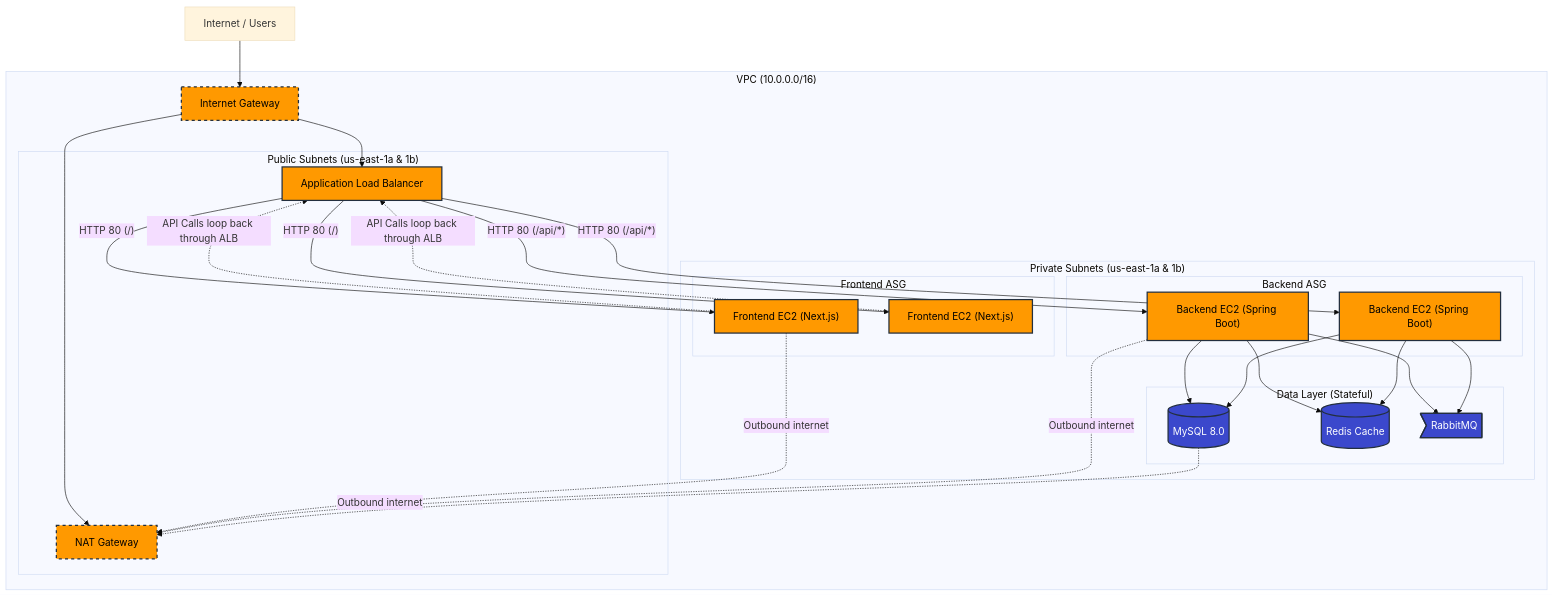
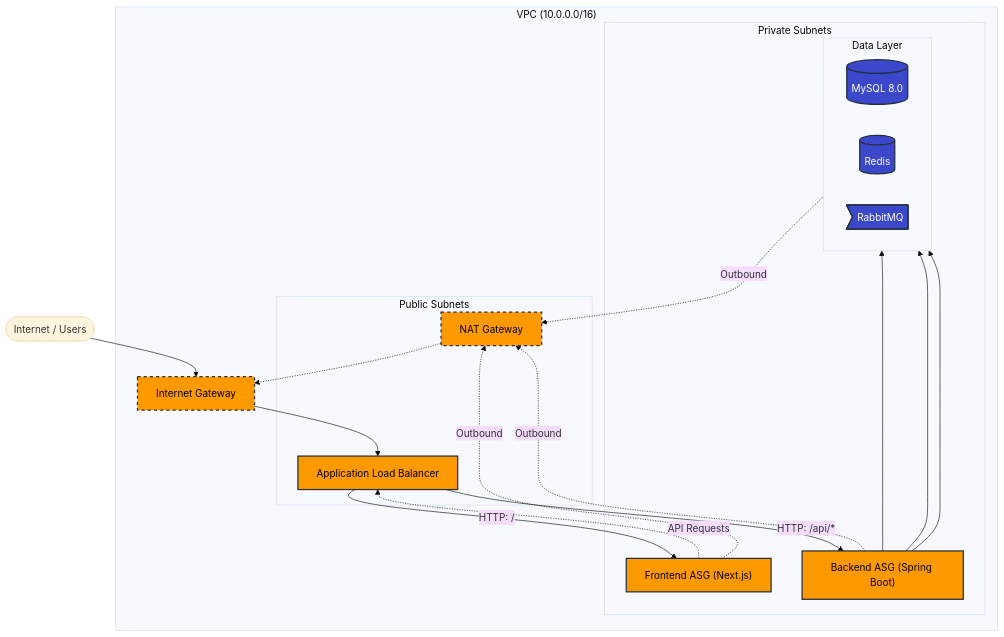
Before and after one commit to mkdevops89/amazon-clone-devops: the diagram in README.md, drawn with Mermaid (base theme).

Commit message:
Docs: Refine architecture diagram for cleaner Mermaid layout

````diff
--- a/README.md
+++ b/README.md
@@ -18,67 +18,56 @@
 ```mermaid
 graph TD
-    Client[Internet / Users] --> IGW[Internet Gateway]
+    Client([Internet / Users])
 
     subgraph VPC ["VPC (10.0.0.0/16)"]
-        IGW --> ALB[Application Load Balancer]
+        IGW[Internet Gateway]
         
-        subgraph PublicSubnets ["Public Subnets (us-east-1a & 1b)"]
-            ALB
+        subgraph Public ["Public Subnets"]
+            ALB[Application Load Balancer]
             NAT[NAT Gateway]
         end
         
-        IGW --> NAT
-
-        subgraph PrivateSubnets ["Private Subnets (us-east-1a & 1b)"]
-            %% Frontend Layer
-            subgraph ASG_Front ["Frontend ASG"]
-                FE1["Frontend EC2 (Next.js)"]
-                FE2["Frontend EC2 (Next.js)"]
-            end
+        subgraph Private ["Private Subnets"]
+            FE["Frontend ASG (Next.js)"]
+            BE["Backend ASG (Spring Boot)"]
             
-            %% Backend Layer
-            subgraph ASG_Back ["Backend ASG"]
-                BE1["Backend EC2 (Spring Boot)"]
-                BE2["Backend EC2 (Spring Boot)"]
-            end
-            
-            %% Data Layer
-            subgraph DataLayer ["Data Layer (Stateful)"]
+            subgraph DataLayer ["Data Layer"]
+                direction LR
                 MYSQL[(MySQL 8.0)]
-                REDIS[(Redis Cache)]
+                REDIS[(Redis)]
                 MQ>RabbitMQ]
             end
-            
-            %% Routing/Flows
-            ALB --"HTTP 80 (/) "--> FE1
-            ALB --"HTTP 80 (/) "--> FE2
-            
-            ALB --"HTTP 80 (/api/*) "--> BE1
-            ALB --"HTTP 80 (/api/*) "--> BE2
-            
-            FE1 -. "API Calls loop back through ALB" .-> ALB
-            FE2 -. "API Calls loop back through ALB" .-> ALB
-            
-            BE1 --> MYSQL
-            BE1 --> REDIS
-            BE1 --> MQ
-            BE2 --> MYSQL
-            BE2 --> REDIS
-            BE2 --> MQ
-            
-            %% Outbound internet for updates
-            FE1 -. "Outbound internet" .-> NAT
-            BE1 -. "Outbound internet" .-> NAT
-            MYSQL -. "Outbound internet" .-> NAT
         end
     end
+
+    %% Inbound Traffic
+    Client --> IGW
+    IGW --> ALB
     
+    %% Load Balancing
+    ALB -- "HTTP: /" --> FE
+    ALB -- "HTTP: /api/*" --> BE
+    
+    %% Internal API Routing 
+    FE -. "API Requests" .-> ALB
+    
+    %% Database Connections
+    BE --> MYSQL
+    BE --> REDIS
+    BE --> MQ
+
+    %% Outbound Traffic
+    FE -. "Outbound" .-> NAT
+    BE -. "Outbound" .-> NAT
+    MYSQL -. "Outbound" .-> NAT
+    NAT -.-> IGW
+
     %% Styling
     classDef aws fill:#FF9900,stroke:#232F3E,stroke-width:2px,color:black,stroke-dasharray: 5 5
     classDef ec2 fill:#FF9900,stroke:#232F3E,stroke-width:2px,color:black
     classDef db fill:#3b48cc,stroke:#232F3E,stroke-width:2px,color:white
     
     class IGW,NAT aws
-    class FE1,FE2,BE1,BE2,ALB ec2
+    class ALB,FE,BE ec2
     class MYSQL,REDIS,MQ db
 ```
````
